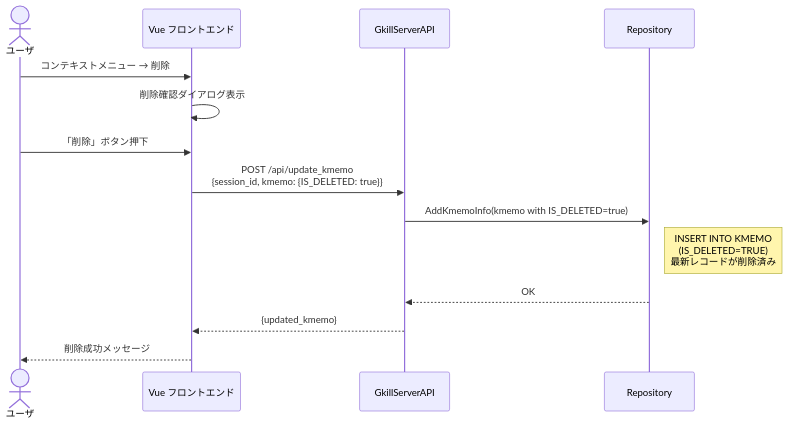
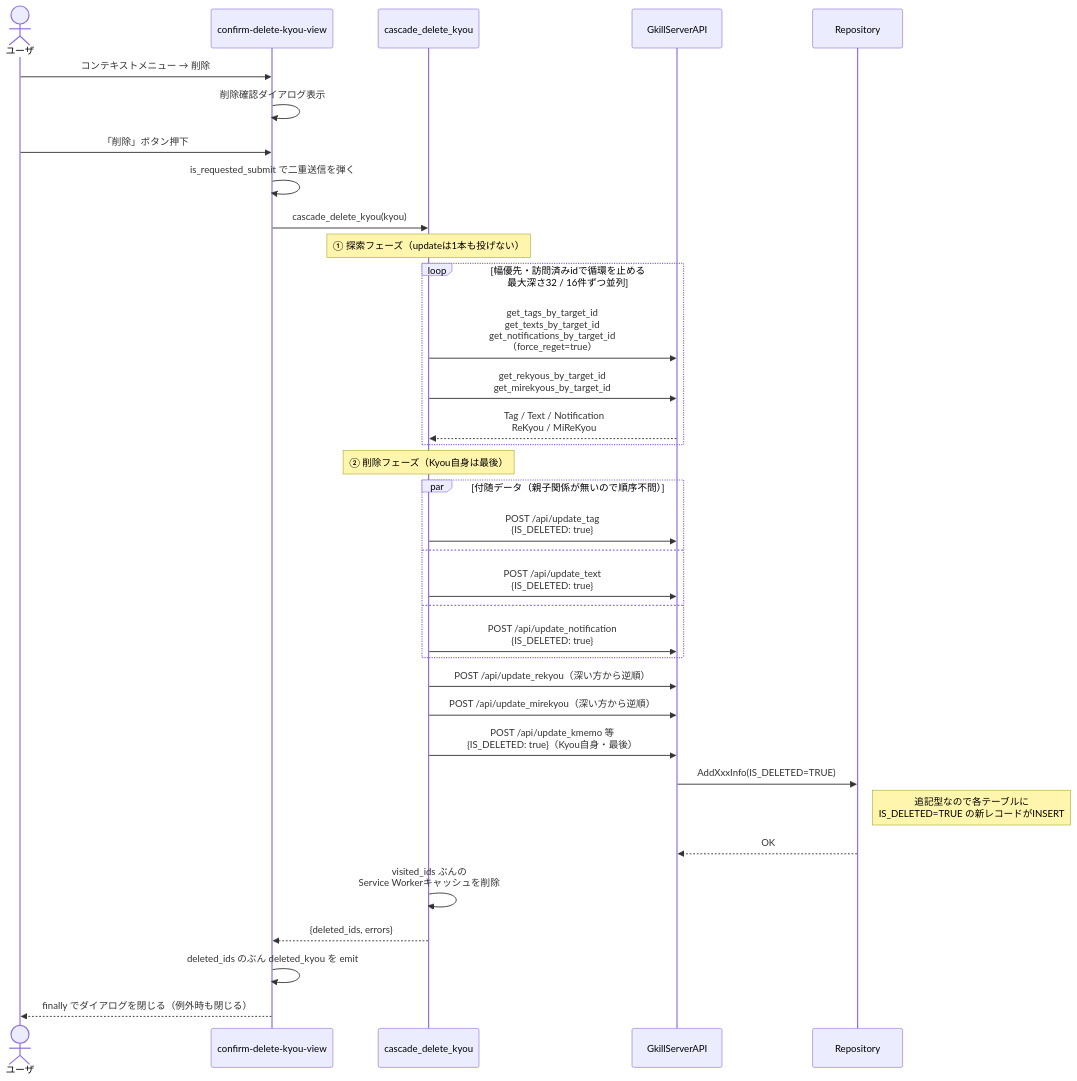
One commit to mt3hr/gkill changed the sixth of 29 diagrams in documents/reverse/sequence-diagrams.md. Above: the diagram before and after it, drawn with Mermaid. The commit also changed other lines of this file and 46 other files, not shown here.

````diff
--- a/documents/reverse/sequence-diagrams.md
+++ b/documents/reverse/sequence-diagrams.md
@@ -174,17 +174,40 @@
 ```mermaid
 sequenceDiagram
     actor User as ユーザ
-    participant UI as Vue フロントエンド
+    participant UI as confirm-delete-kyou-view
+    participant CD as cascade_delete_kyou
     participant API as GkillServerAPI
     participant Rep as Repository
 
     User->>UI: コンテキストメニュー → 削除
     UI->>UI: 削除確認ダイアログ表示
     User->>UI: 「削除」ボタン押下
-    UI->>API: POST /api/update_kmemo<br>{session_id, kmemo: {IS_DELETED: true}}
-    API->>Rep: AddKmemoInfo(kmemo with IS_DELETED=true)
-    Note right of Rep: INSERT INTO KMEMO<br>(IS_DELETED=TRUE)<br>最新レコードが削除済み
+    UI->>UI: is_requested_submit で二重送信を弾く
+    UI->>CD: cascade_delete_kyou(kyou)
+
+    Note over CD: ① 探索フェーズ（updateは1本も投げない）
+    loop 幅優先・訪問済みidで循環を止める<br>最大深さ32 / 16件ずつ並列
+        CD->>API: get_tags_by_target_id<br>get_texts_by_target_id<br>get_notifications_by_target_id<br>（force_reget=true）
+        CD->>API: get_rekyous_by_target_id<br>get_mirekyous_by_target_id
+        API-->>CD: Tag / Text / Notification<br>ReKyou / MiReKyou
+    end
+
+    Note over CD: ② 削除フェーズ（Kyou自身は最後）
+    par 付随データ（親子関係が無いので順序不問）
+        CD->>API: POST /api/update_tag<br>{IS_DELETED: true}
+    and
+        CD->>API: POST /api/update_text<br>{IS_DELETED: true}
+    and
+        CD->>API: POST /api/update_notification<br>{IS_DELETED: true}
+    end
+    CD->>API: POST /api/update_rekyou（深い方から逆順）
+    CD->>API: POST /api/update_mirekyou（深い方から逆順）
+    CD->>API: POST /api/update_kmemo 等<br>{IS_DELETED: true}（Kyou自身・最後）
+    API->>Rep: AddXxxInfo(IS_DELETED=TRUE)
+    Note right of Rep: 追記型なので各テーブルに<br>IS_DELETED=TRUE の新レコードがINSERT
     Rep-->>API: OK
-    API-->>UI: {updated_kmemo}
-    UI-->>User: 削除成功メッセージ
+    CD->>CD: visited_ids ぶんの<br>Service Workerキャッシュを削除
+    CD-->>UI: {deleted_ids, errors}
+    UI->>UI: deleted_ids のぶん deleted_kyou を emit
+    UI-->>User: finally でダイアログを閉じる（例外時も閉じる）
 ```
````
